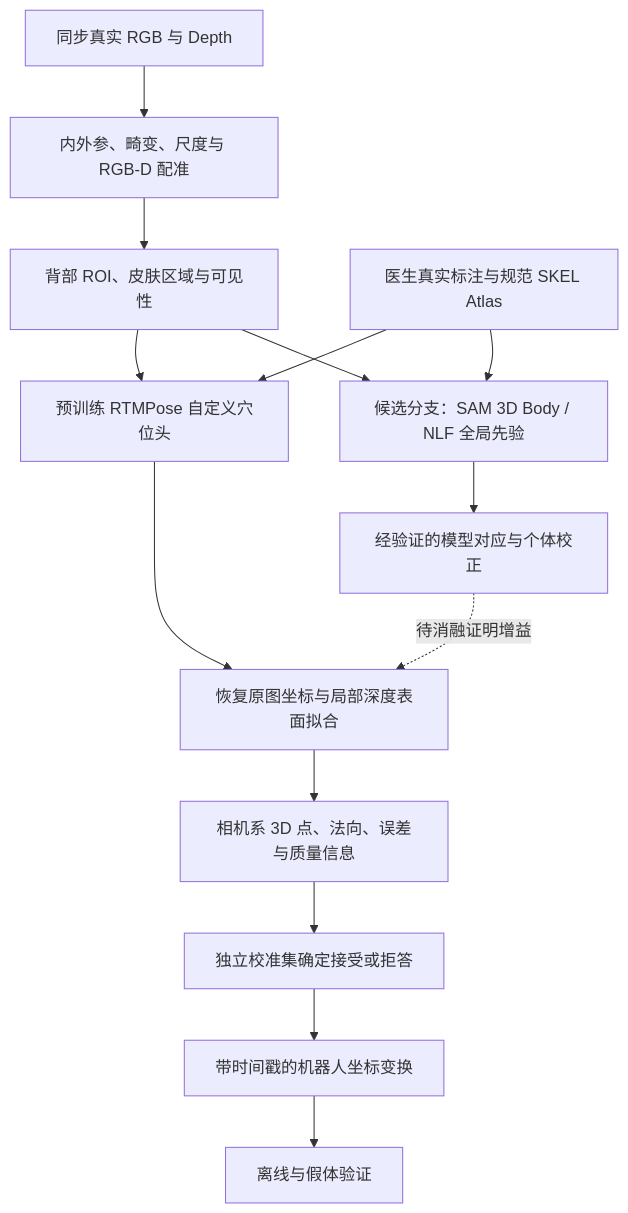
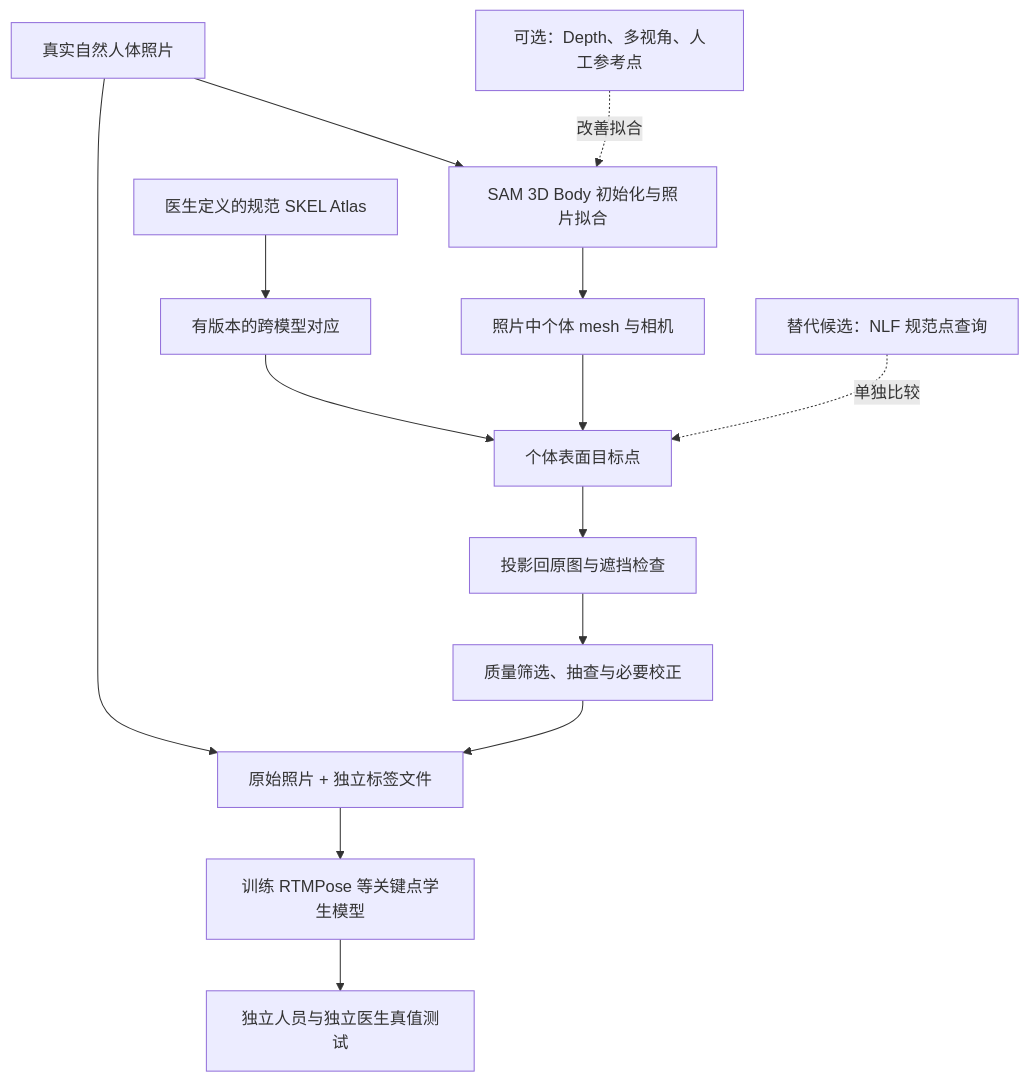
Before and after one commit to 32muyuxuanshou/massage-physiotherapy-robot: the diagram in AI感知模块/研究资料/真实场景关键点定位_2026-09-06/03_真实场景整体Pipeline.md, drawn with Mermaid. The commit also changed other lines of this file and 10 other files, not shown here.

Commit message:
docs: refocus real-photo training on mesh and Atlas label generation

````diff
--- a/AI感知模块/研究资料/真实场景关键点定位_2026-09-06/03_真实场景整体Pipeline.md
+++ b/AI感知模块/研究资料/真实场景关键点定位_2026-09-06/03_真实场景整体Pipeline.md
@@ -15,16 +9,16 @@
 ```mermaid
 flowchart TD
-    A[同步真实 RGB 与 Depth] --> B[内外参、畸变、尺度与 RGB-D 配准]
-    B --> C[背部 ROI、皮肤区域与可见性]
-    C --> D[预训练 RTMPose 自定义穴位头]
-    D --> E[恢复原图坐标与局部深度表面拟合]
-    E --> F[相机系 3D 点、法向、误差与质量信息]
-    F --> G[独立校准集确定接受或拒答]
-    G --> H[带时间戳的机器人坐标变换]
-    H --> I[离线与假体验证]
-    J[医生真实标注与规范 SKEL Atlas] --> D
-    J --> K[候选分支：SAM 3D Body / NLF 全局先验]
-    C --> K
-    K --> L[经验证的模型对应与个体校正]
-    L -. 待消融证明增益 .-> E
+    A[真实自然人体照片] --> B[SAM 3D Body 初始化与照片拟合]
+    C[医生定义的规范 SKEL Atlas] --> D[有版本的跨模型对应]
+    B --> E[照片中个体 mesh 与相机]
+    D --> F[个体表面目标点]
+    E --> F
+    F --> G[投影回原图与遮挡检查]
+    G --> H[质量筛选、抽查与必要校正]
+    A --> I[原始照片 + 独立标签文件]
+    H --> I
+    I --> J[训练 RTMPose 等关键点学生模型]
+    J --> K[独立人员与独立医生真值测试]
+    L[可选：Depth、多视角、人工参考点] -.改善拟合.-> B
+    M[替代候选：NLF 规范点查询] -.单独比较.-> F
 ```
````
